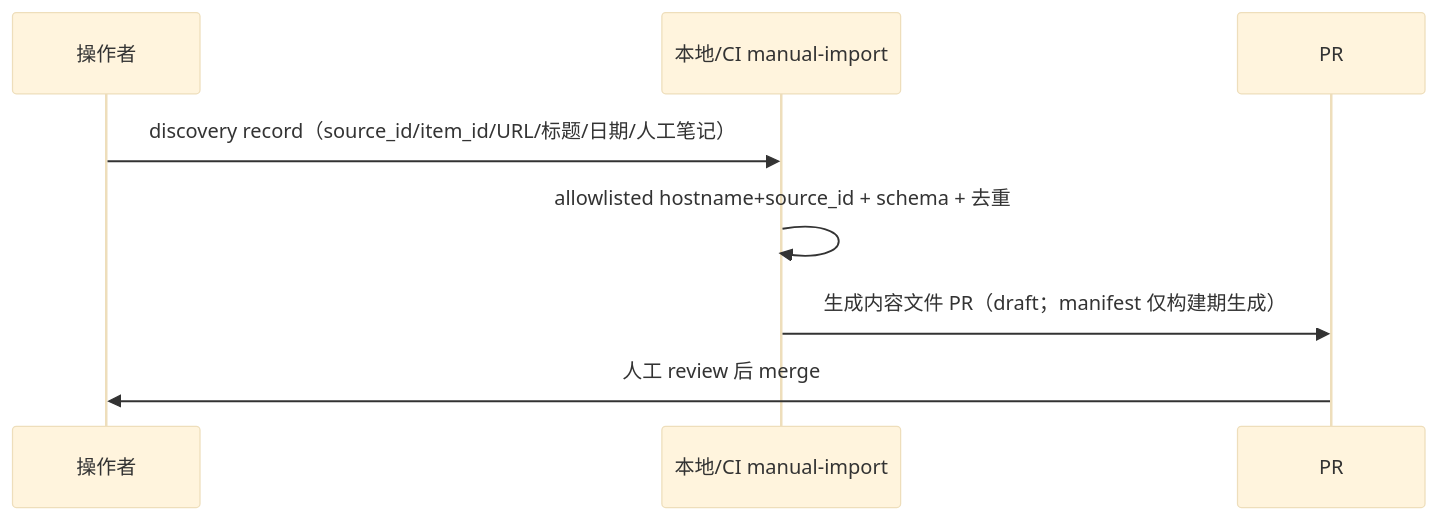
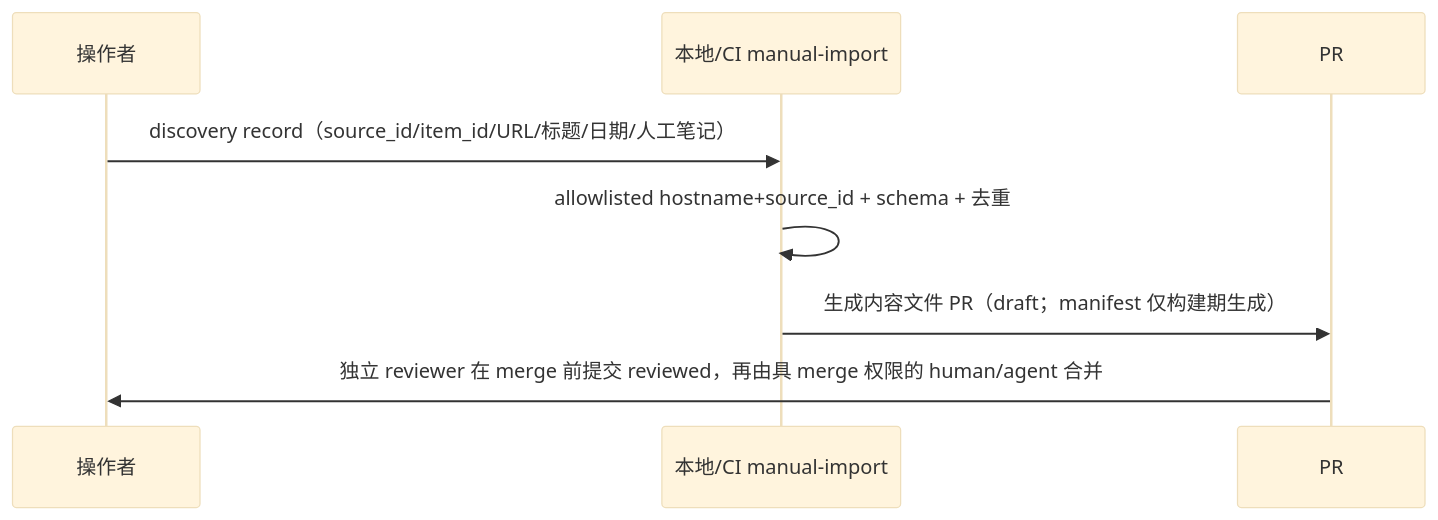
The fifth of 5 diagrams in docs/design.md (ariga39/momoko.pro), drawn with Mermaid (base theme) before and after one commit. The commit also changed other lines of this file and 5 other files, not shown here.

Commit message:
fix: cron seam schema contract + reviewer-before-merge residues (per momoko NO-GO)

````diff
--- a/docs/design.md
+++ b/docs/design.md
@@ -409,10 +409,10 @@
 ```mermaid
 sequenceDiagram
   participant O as 操作者
   participant CI as 本地/CI manual-import
   participant P as PR
   O->>CI: discovery record（source_id/item_id/URL/标题/日期/人工笔记）
   CI->>CI: allowlisted hostname+source_id + schema + 去重
   CI->>P: 生成内容文件 PR（draft；manifest 仅构建期生成）
-  P->>O: 人工 review 后 merge
+  P->>O: 独立 reviewer 在 merge 前提交 reviewed，再由具 merge 权限的 human/agent 合并
 ```
````
